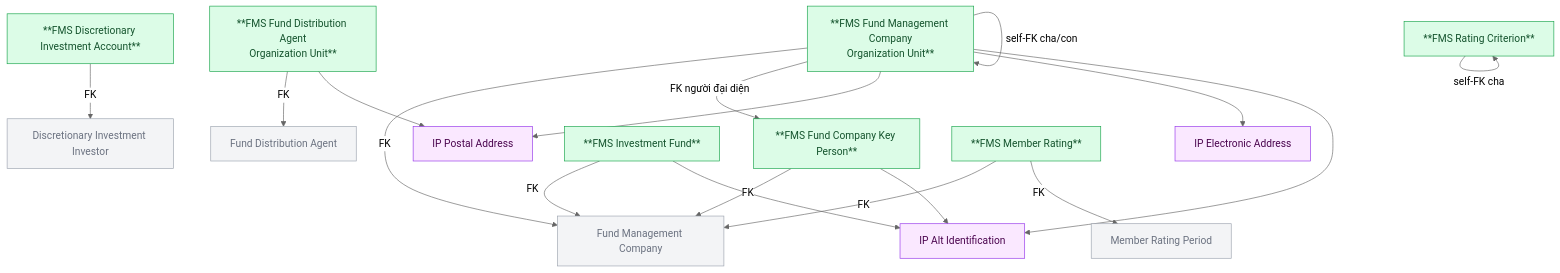
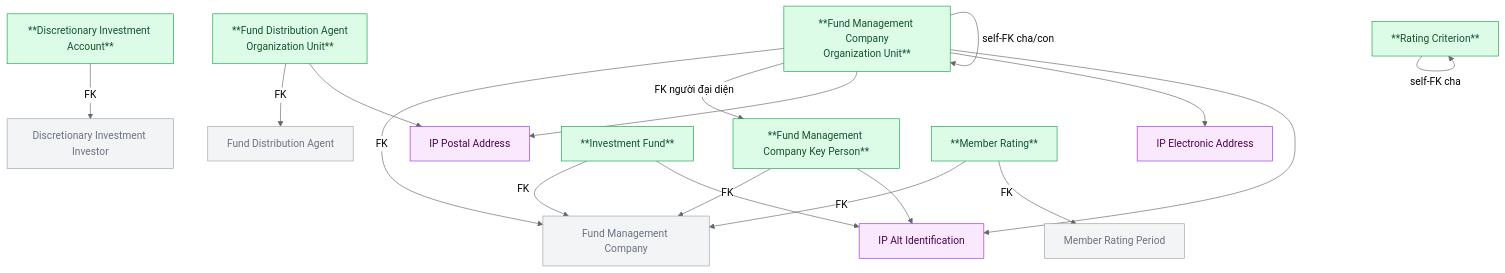
Before and after one commit to linhlvit/ubck_atomic_design: diagram 16 of 16 in Silver/hld/FMS_HLD_Tier2.md, drawn with Mermaid (neutral theme). The commit also changed other lines of this file and 32 other files, not shown here.

````diff
--- a/Silver/hld/FMS_HLD_Tier2.md
+++ b/Silver/hld/FMS_HLD_Tier2.md
@@ -417,42 +417,42 @@
 ```mermaid
 graph TD
     classDef silver fill:#dcfce7,stroke:#16a34a,color:#14532d
     classDef shared fill:#fae8ff,stroke:#9333ea,color:#4a044e
     classDef refnode fill:#f3f4f6,stroke:#9ca3af,color:#6b7280
 
     FMC["Fund Management Company"]:::refnode
     FDA["Fund Distribution Agent"]:::refnode
     DII["Discretionary Investment Investor"]:::refnode
     MRP["Member Rating Period"]:::refnode
 
     ADDR["IP Postal Address"]:::shared
     EADDR["IP Electronic Address"]:::shared
     ALTID["IP Alt Identification"]:::shared
 
-    FUND["**FMS Investment Fund**"]:::silver
-    OU["**FMS Fund Management Company\nOrganization Unit**"]:::silver
-    KP["**FMS Fund Company Key Person**"]:::silver
-    AGOU["**FMS Fund Distribution Agent\nOrganization Unit**"]:::silver
-    IACC["**FMS Discretionary Investment Account**"]:::silver
-    RATING["**FMS Member Rating**"]:::silver
-    RC["**FMS Rating Criterion**"]:::silver
+    FUND["**Investment Fund**"]:::silver
+    OU["**Fund Management Company\nOrganization Unit**"]:::silver
+    KP["**Fund Management Company Key Person**"]:::silver
+    AGOU["**Fund Distribution Agent\nOrganization Unit**"]:::silver
+    IACC["**Discretionary Investment Account**"]:::silver
+    RATING["**Member Rating**"]:::silver
+    RC["**Rating Criterion**"]:::silver
 
     FUND -->|FK| FMC
     OU -->|FK| FMC
     KP -->|FK| FMC
     AGOU -->|FK| FDA
     IACC -->|FK| DII
     RATING -->|FK| FMC
     RATING -->|FK| MRP
 
     OU -->|FK người đại diện| KP
     OU -->|self-FK cha/con| OU
     RC -->|self-FK cha| RC
 
     FUND --> ALTID
     OU --> ADDR
     OU --> EADDR
     OU --> ALTID
     AGOU --> ADDR
     KP --> ALTID
 ```
````
